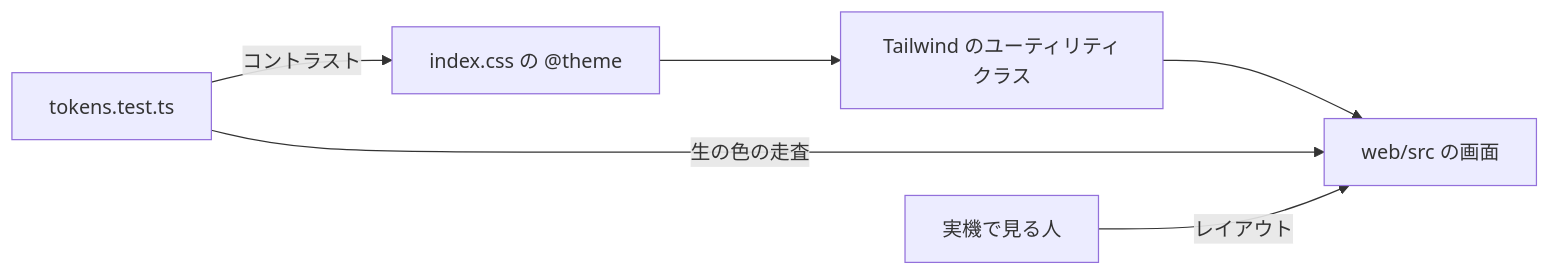
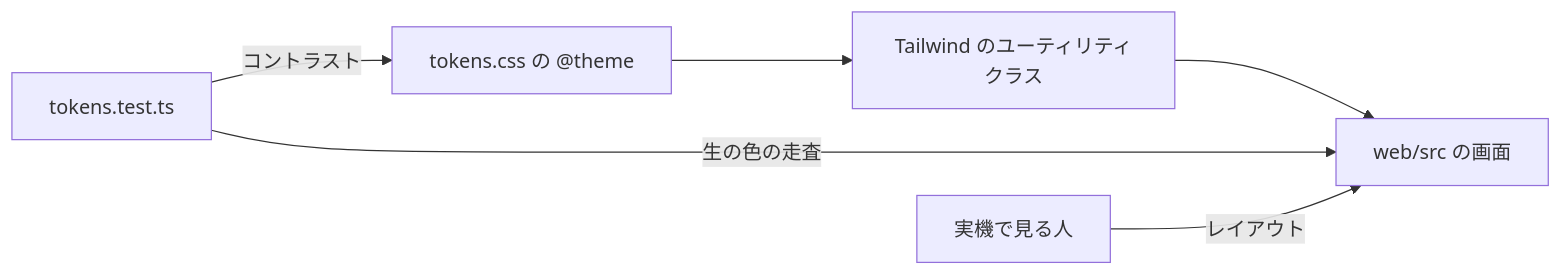
Before and after one commit to syudead/vv: the first of 13 diagrams in translations/ja/docs/design-docs/library-ui.md, drawn with Mermaid. The commit also changed other lines of this file and 3 other files, not shown here.

````diff
--- a/translations/ja/docs/design-docs/library-ui.md
+++ b/translations/ja/docs/design-docs/library-ui.md
@@ -15,8 +15,8 @@
 ```mermaid
 flowchart LR
-  theme["index.css の @theme"] --> classes[Tailwind のユーティリティクラス]
+  theme["tokens.css の @theme"] --> classes[Tailwind のユーティリティクラス]
   classes --> screens[web/src の画面]
   test[tokens.test.ts] -->|コントラスト| theme
   test -->|生の色の走査| screens
   people[実機で見る人] -->|レイアウト| screens
 ```
````
